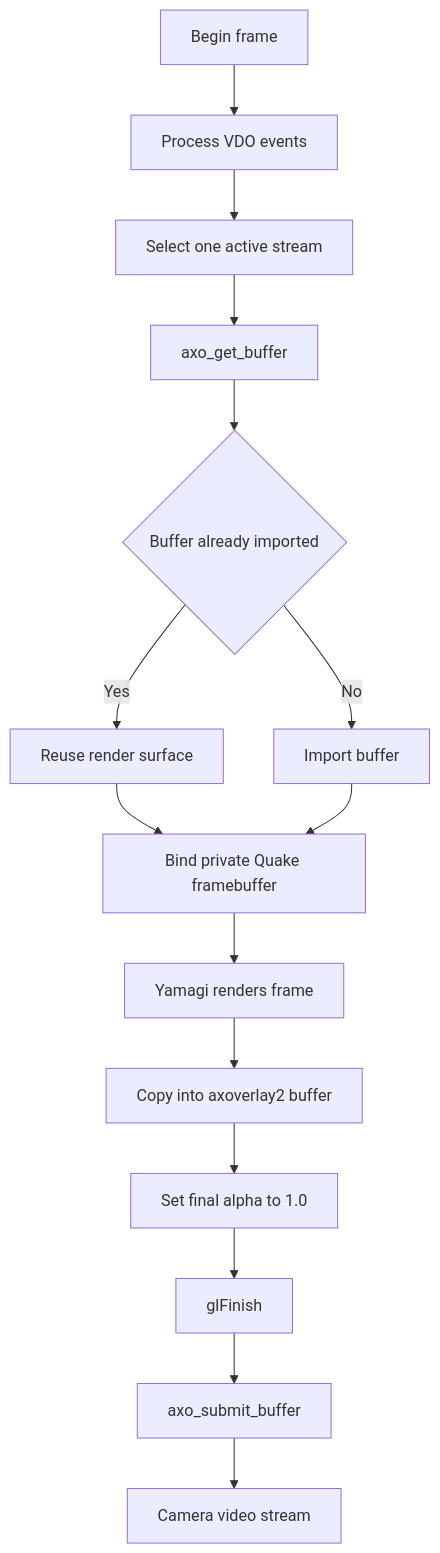
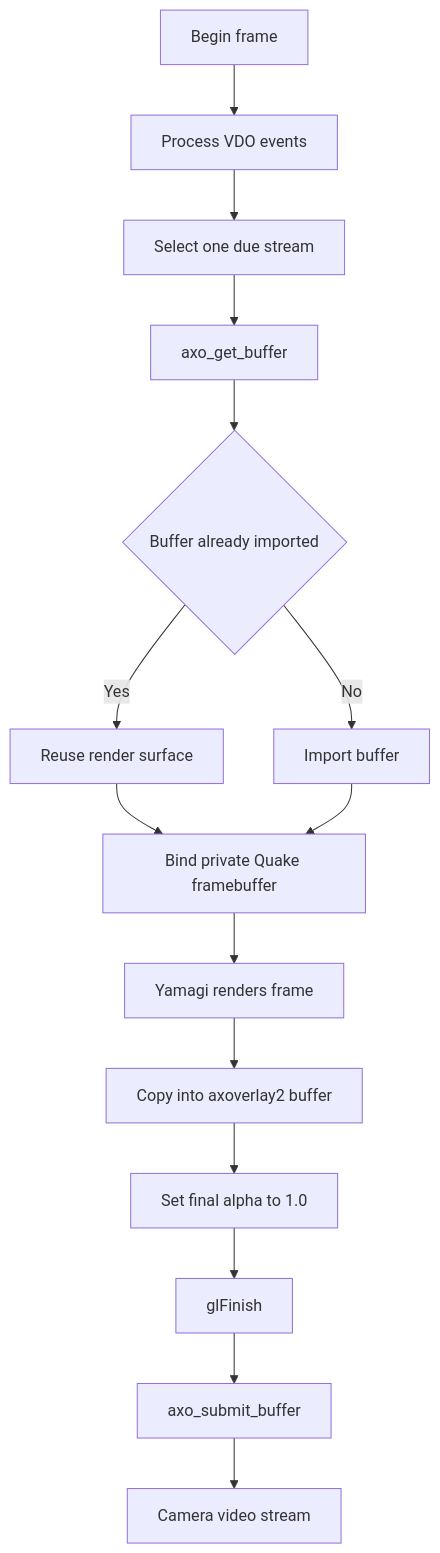
Before and after one commit to ErikMN/acap_quake2: the fourth of 5 diagrams in docs/ARCHITECTURE.md, drawn with Mermaid. The commit also changed other lines of this file, not shown here.

Commit message:
Document overlay stream pacing

````diff
--- a/docs/ARCHITECTURE.md
+++ b/docs/ARCHITECTURE.md
@@ -330,22 +331,22 @@
 ```mermaid
 flowchart TD
     Begin[Begin frame]
     Events[Process VDO events]
-    Select[Select one active stream]
+    Select[Select one due stream]
     Acquire[axo_get_buffer]
     Known{Buffer already imported}
     Reuse[Reuse render surface]
     Import[Import buffer]
     Bind[Bind private Quake framebuffer]
     Render[Yamagi renders frame]
     Blit[Copy into axoverlay2 buffer]
     Alpha[Set final alpha to 1.0]
     Finish[glFinish]
     Submit[axo_submit_buffer]
     Video[Camera video stream]
 
     Begin --> Events --> Select --> Acquire --> Known
     Known -->|Yes| Reuse --> Bind
     Known -->|No| Import --> Bind
     Bind --> Render --> Blit --> Alpha --> Finish --> Submit --> Video
 ```
````
